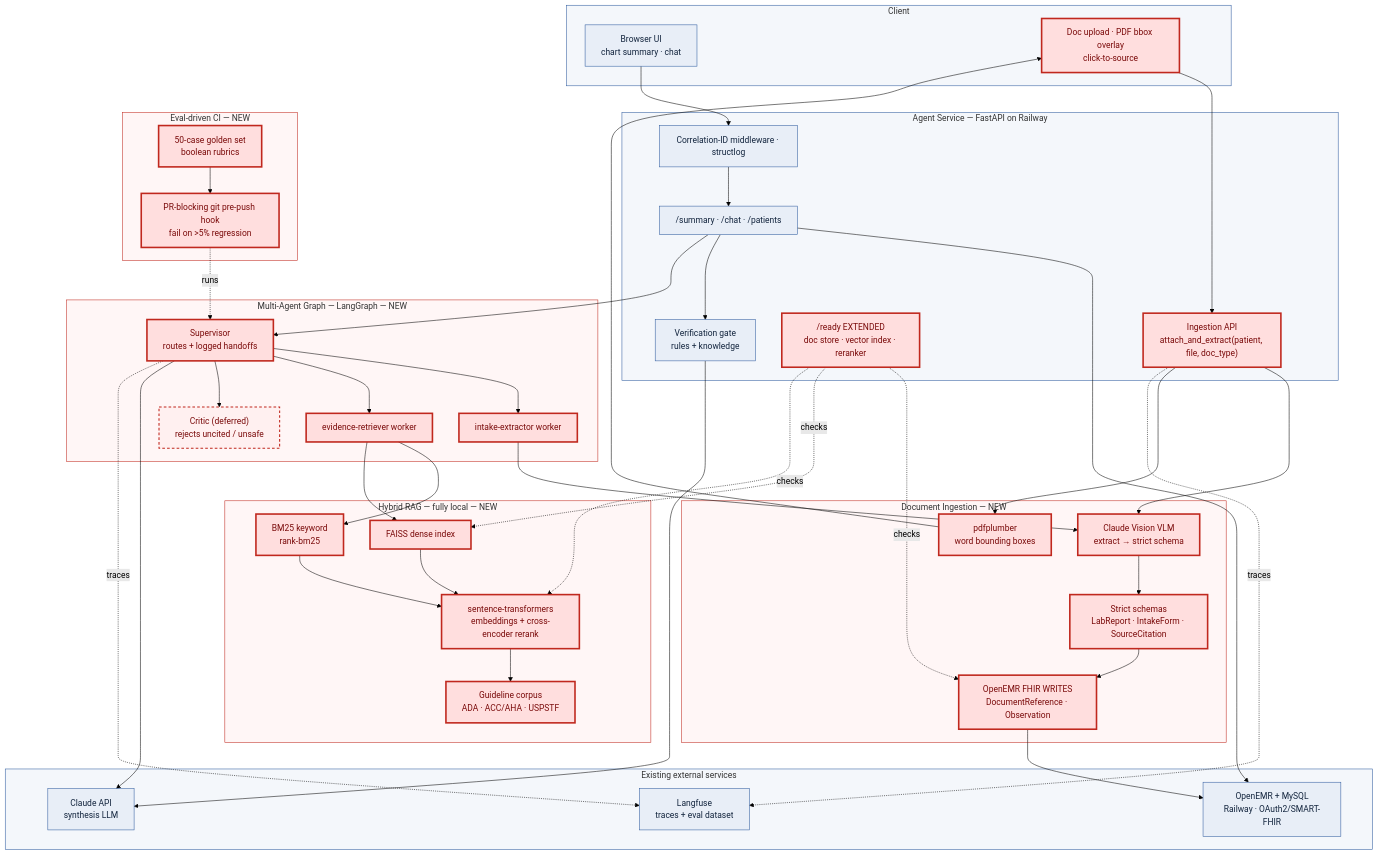
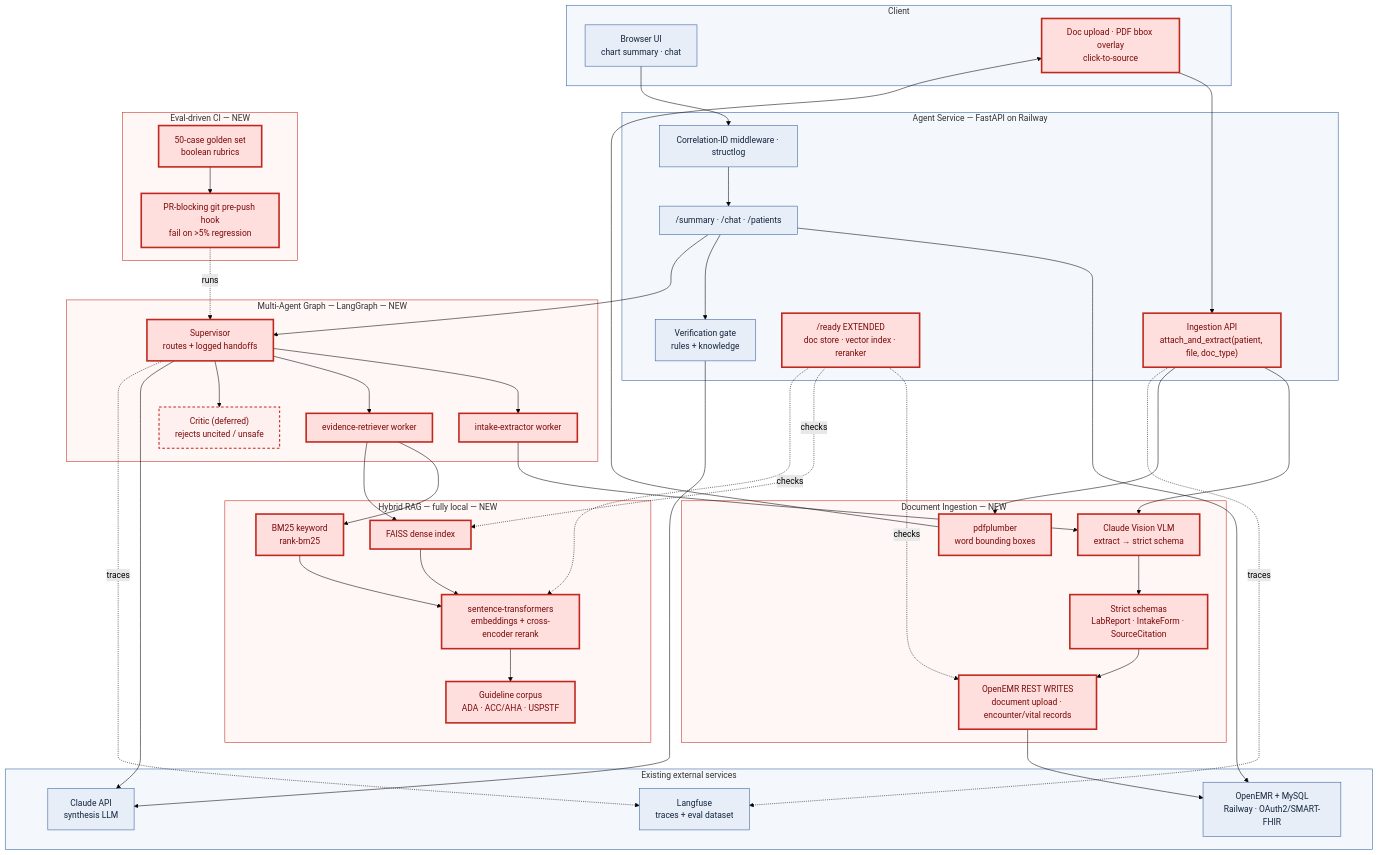
One commit to secretgitaccount/openemr changed the diagram in W2_ARCHITECTURE.md. Above: the diagram before and after it, drawn with Mermaid (forest theme). The commit also changed other lines of this file and 4 other files, not shown here.

First line of the commit message:
docs(week2): PRP-00 spike verdict — REST write path, not FHIR

```diff
--- a/W2_ARCHITECTURE.md
+++ b/W2_ARCHITECTURE.md
@@ -43,7 +44,7 @@
         VLM["Claude Vision VLM<br/>extract → strict schema"]:::new
         PDF["pdfplumber<br/>word bounding boxes"]:::new
         DS["Strict schemas<br/>LabReport · IntakeForm · SourceCitation"]:::new
-        FW["OpenEMR FHIR WRITES<br/>DocumentReference · Observation"]:::new
+        FW["OpenEMR REST WRITES<br/>document upload · encounter/vital records"]:::new
     end
 
     subgraph GRAPH["Multi-Agent Graph — LangGraph — NEW"]
```
